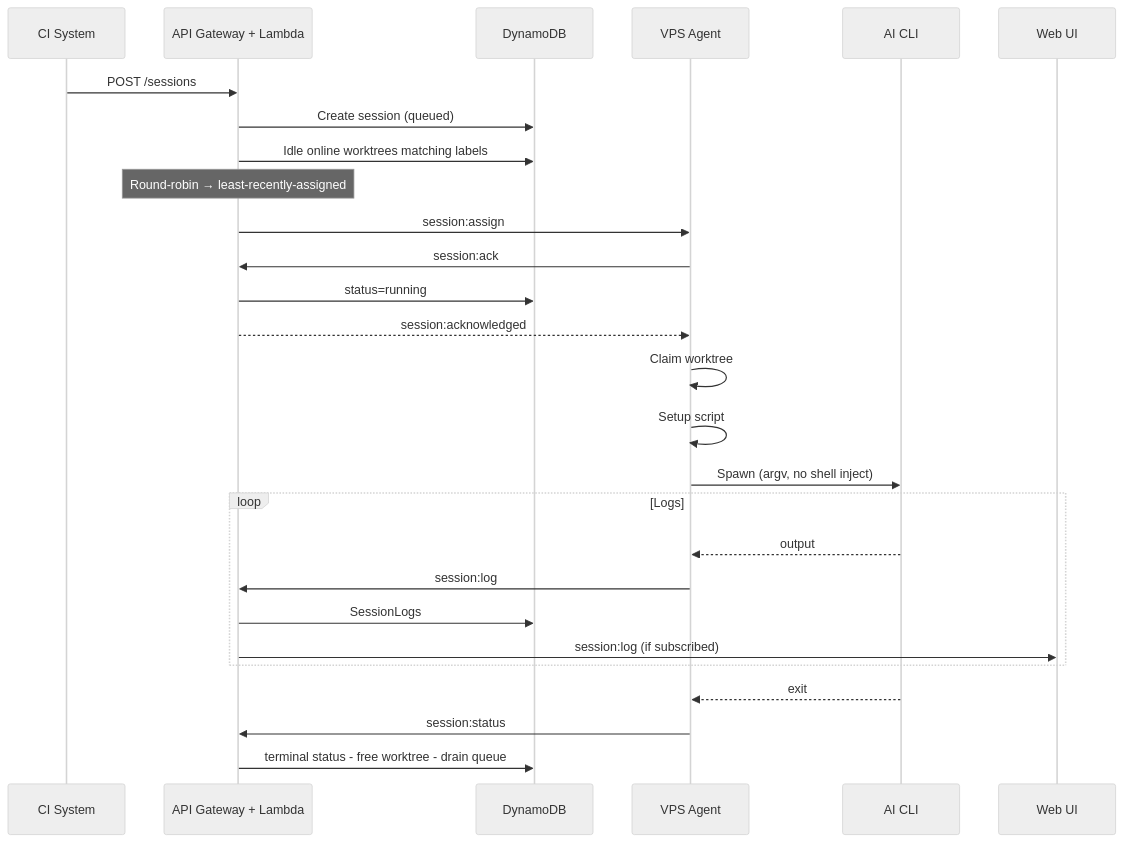
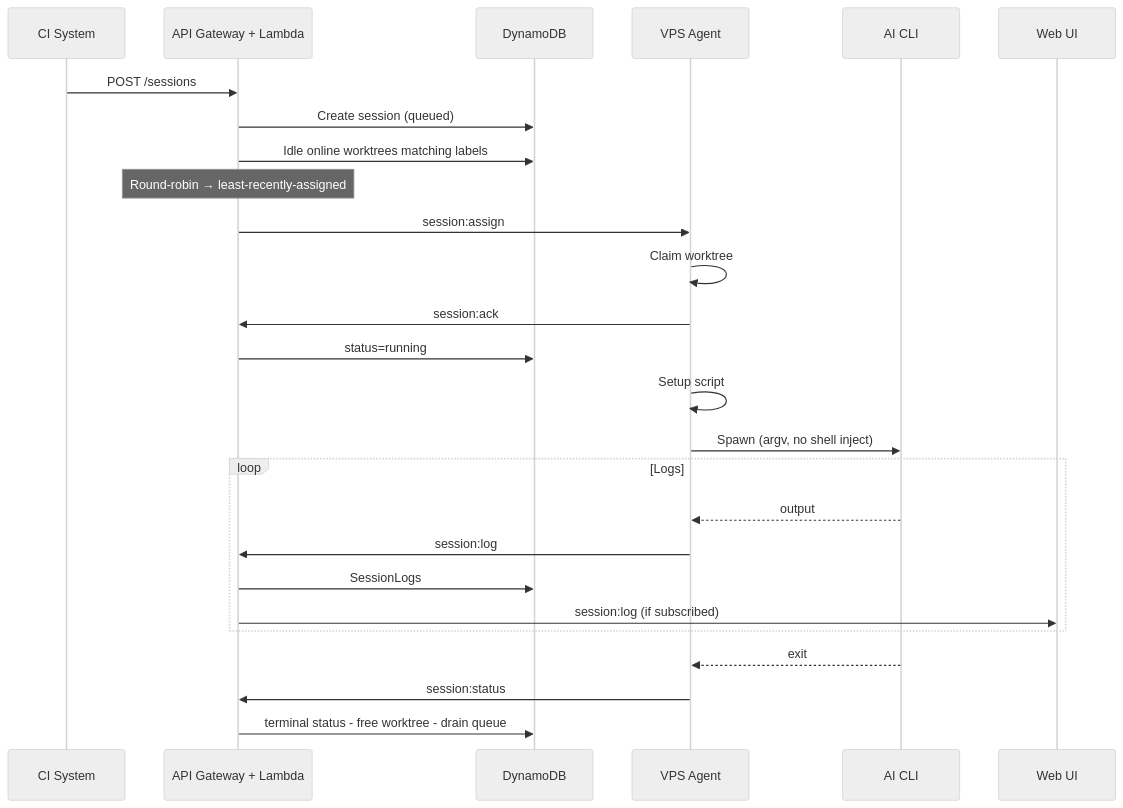
One commit to jonathanong/auto-harness changed the second of 4 diagrams in docs/architecture.md. Above: the diagram before and after it, drawn with Mermaid (neutral theme). The commit also changed other lines of this file and 123 other files, not shown here.

````diff
--- a/docs/architecture.md
+++ b/docs/architecture.md
@@ -77,30 +77,29 @@
 ```mermaid
 sequenceDiagram
     participant CI as CI System
     participant API as API Gateway + Lambda
     participant DDB as DynamoDB
     participant Agent as VPS Agent
     participant Tool as AI CLI
     participant UI as Web UI
 
     CI->>API: POST /sessions
     API->>DDB: Create session (queued)
     API->>DDB: Idle online worktrees matching labels
     Note over API: Round-robin → least-recently-assigned
     API->>Agent: session:assign
+    Agent->>Agent: Claim worktree
     Agent->>API: session:ack
     API->>DDB: status=running
-    API-->>Agent: session:acknowledged
-    Agent->>Agent: Claim worktree
     Agent->>Agent: Setup script
     Agent->>Tool: Spawn (argv, no shell inject)
     loop Logs
         Tool-->>Agent: output
         Agent->>API: session:log
         API->>DDB: SessionLogs
         API->>UI: session:log (if subscribed)
     end
     Tool-->>Agent: exit
     Agent->>API: session:status
     API->>DDB: terminal status - free worktree - drain queue
 ```
````
